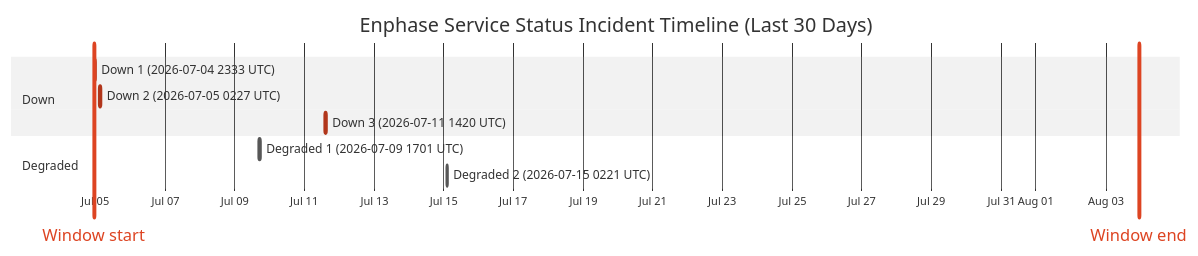
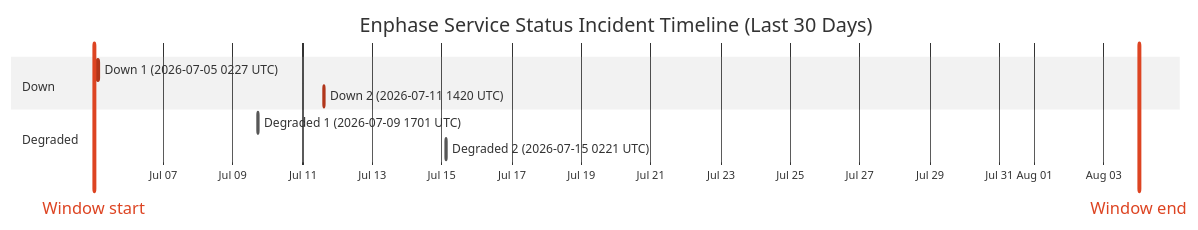
The diagram in wiki/Service-Status-History.md (barneyonline/ha-enphase-energy), drawn with Mermaid (neutral theme) before and after one commit. The commit also changed other lines of this file and 3 other files, not shown here.

````diff
--- a/wiki/Service-Status-History.md
+++ b/wiki/Service-Status-History.md
@@ -14,15 +14,14 @@
 ```mermaid
 gantt
     title Enphase Service Status Incident Timeline (Last 30 Days)
     dateFormat  YYYY-MM-DDTHH:mm:ss
     axisFormat  %b %d
-    Window start :vert, window-start, 2026-07-04T22:58:00, 0ms
-    Window end :vert, window-end, 2026-08-03T22:58:00, 0ms
+    Window start :vert, window-start, 2026-07-05T00:12:08, 0ms
+    Window end :vert, window-end, 2026-08-04T00:12:08, 0ms
     section Down
-    Down 1 (2026-07-04 2333 UTC) :crit, down-1, 2026-07-04T23:33:57, 60m
-    Down 2 (2026-07-05 0227 UTC) :crit, down-2, 2026-07-05T02:27:32, 109m
-    Down 3 (2026-07-11 1420 UTC) :crit, down-3, 2026-07-11T14:20:54, 69m
+    Down 1 (2026-07-05 0227 UTC) :crit, down-1, 2026-07-05T02:27:32, 109m
+    Down 2 (2026-07-11 1420 UTC) :crit, down-2, 2026-07-11T14:20:54, 69m
     section Degraded
     Degraded 1 (2026-07-09 1701 UTC) :active, degraded-1, 2026-07-09T17:01:02, 60m
     Degraded 2 (2026-07-15 0221 UTC) :active, degraded-2, 2026-07-15T02:21:35, 60m
 ```
````
